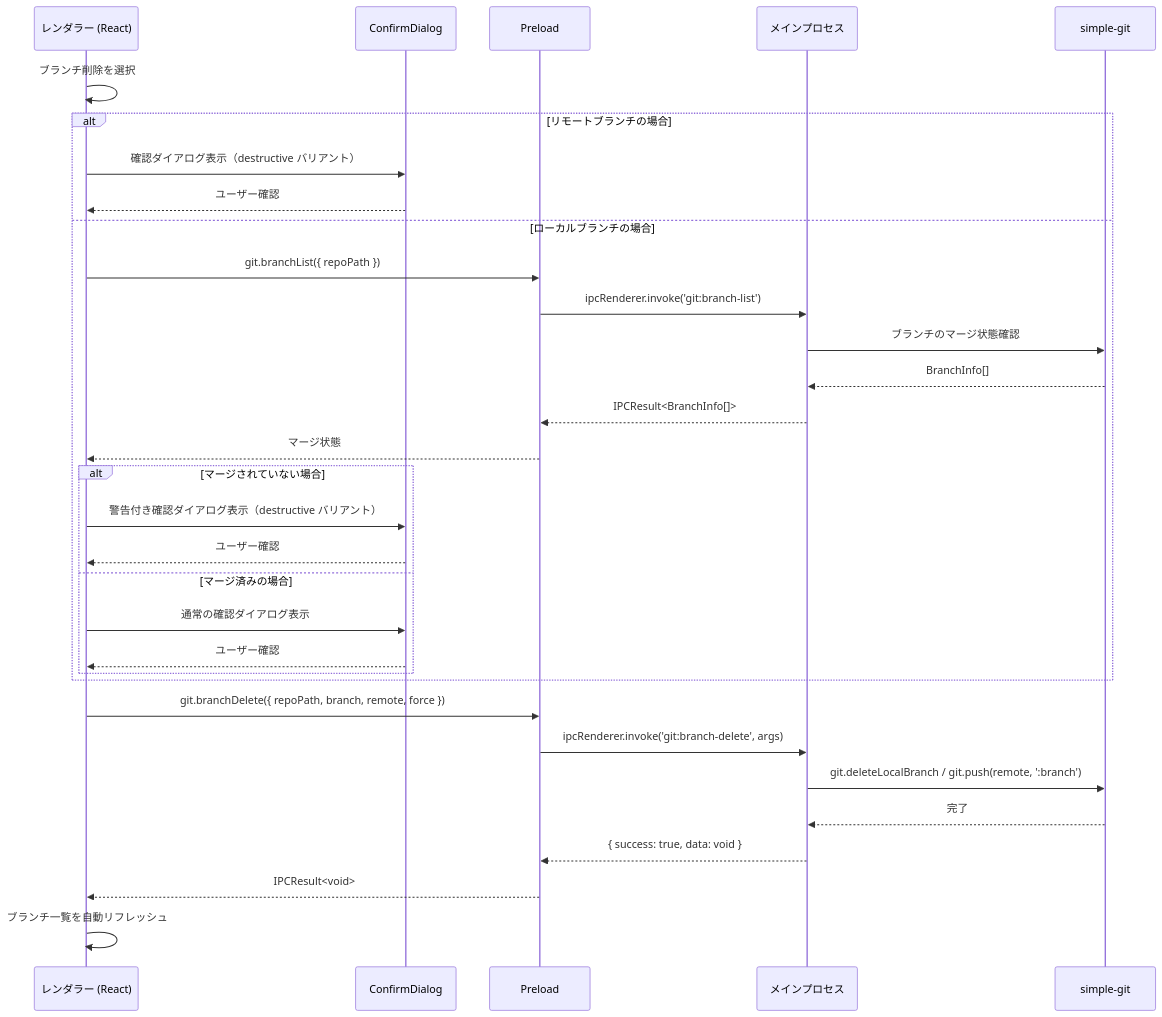
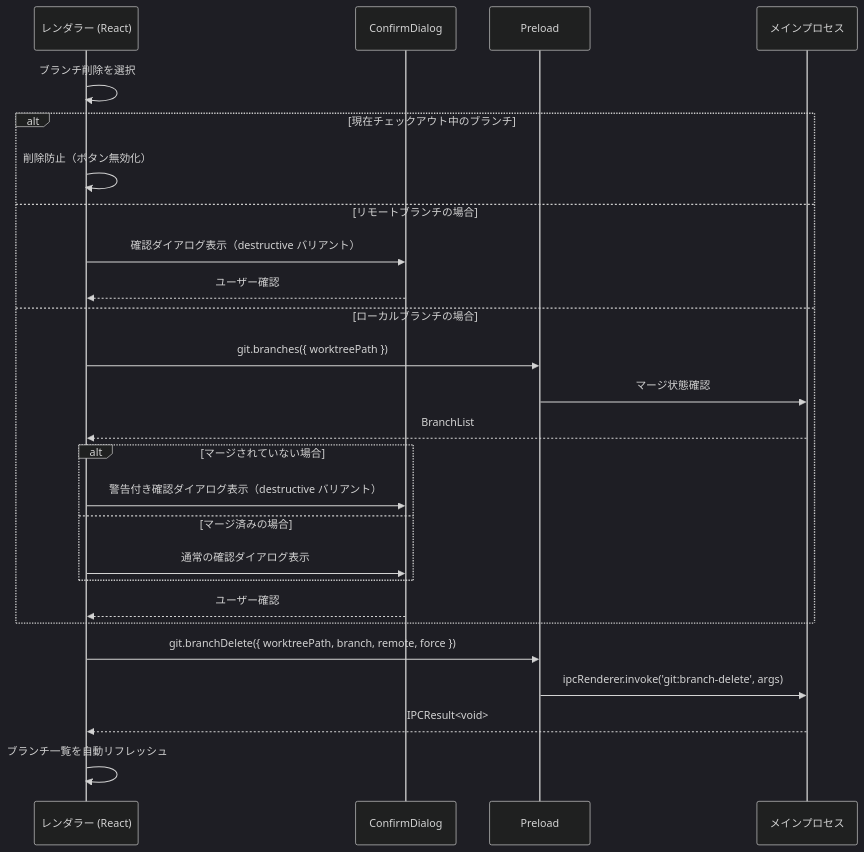
One commit to ToshikiImagawa/Buruma changed the third of 3 diagrams in .sdd/specification/basic-git-operations_spec.md. Above: the diagram before and after it, drawn with Mermaid. The commit also changed other lines of this file and 2 other files, not shown here.

First line of the commit message:
[docs] Revise *basic-git-operations.md* with updated structure and enhanced details

````diff
--- a/.sdd/specification/basic-git-operations_spec.md
+++ b/.sdd/specification/basic-git-operations_spec.md
@@ -412,38 +381,33 @@
 ```mermaid
+%%{init: {'theme': 'dark'}}%%
 sequenceDiagram
     participant Renderer as レンダラー (React)
     participant Dialog as ConfirmDialog
     participant Preload as Preload
     participant Main as メインプロセス
-    participant Git as simple-git
 
     Renderer ->> Renderer: ブランチ削除を選択
 
-    alt リモートブランチの場合
+    alt 現在チェックアウト中のブランチ
+        Renderer ->> Renderer: 削除防止（ボタン無効化）
+    else リモートブランチの場合
         Renderer ->> Dialog: 確認ダイアログ表示（destructive バリアント）
         Dialog -->> Renderer: ユーザー確認
     else ローカルブランチの場合
-        Renderer ->> Preload: git.branchList({ repoPath })
-        Preload ->> Main: ipcRenderer.invoke('git:branch-list')
-        Main ->> Git: ブランチのマージ状態確認
-        Git -->> Main: BranchInfo[]
-        Main -->> Preload: IPCResult<BranchInfo[]>
-        Preload -->> Renderer: マージ状態
+        Renderer ->> Preload: git.branches({ worktreePath })
+        Preload ->> Main: マージ状態確認
+        Main -->> Renderer: BranchList
 
         alt マージされていない場合
             Renderer ->> Dialog: 警告付き確認ダイアログ表示（destructive バリアント）
-            Dialog -->> Renderer: ユーザー確認
         else マージ済みの場合
             Renderer ->> Dialog: 通常の確認ダイアログ表示
-            Dialog -->> Renderer: ユーザー確認
         end
+        Dialog -->> Renderer: ユーザー確認
     end
 
-    Renderer ->> Preload: git.branchDelete({ repoPath, branch, remote, force })
+    Renderer ->> Preload: git.branchDelete({ worktreePath, branch, remote, force })
     Preload ->> Main: ipcRenderer.invoke('git:branch-delete', args)
-    Main ->> Git: git.deleteLocalBranch / git.push(remote, ':branch')
-    Git -->> Main: 完了
-    Main -->> Preload: { success: true, data: void }
-    Preload -->> Renderer: IPCResult<void>
+    Main -->> Renderer: IPCResult<void>
     Renderer ->> Renderer: ブランチ一覧を自動リフレッシュ
 ```
````
